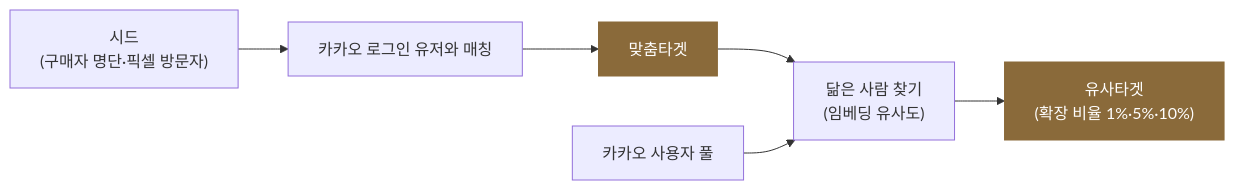
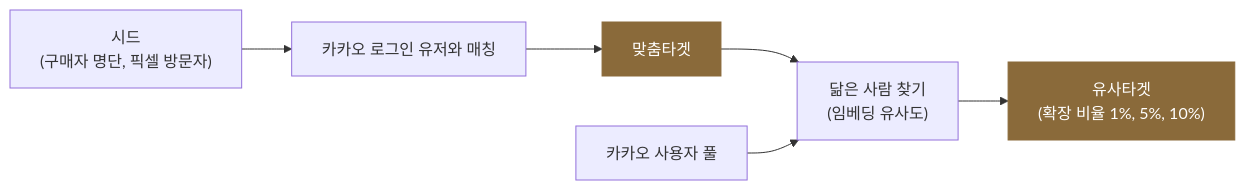
The second of 2 diagrams in posts/kakao-ads-prediction-targeting.md (chkimsu/adtech-blog), drawn with Mermaid before and after one commit. The commit also changed other lines of this file and 26 other files, not shown here.

````diff
--- a/posts/kakao-ads-prediction-targeting.md
+++ b/posts/kakao-ads-prediction-targeting.md
@@ -228,10 +228,10 @@
 ```mermaid
 graph LR
-    SEED["시드<br/>(구매자 명단·픽셀 방문자)"] --> MATCH["카카오 로그인 유저와 매칭"]
+    SEED["시드<br/>(구매자 명단, 픽셀 방문자)"] --> MATCH["카카오 로그인 유저와 매칭"]
     MATCH --> CUSTOM["맞춤타겟"]
     CUSTOM --> EXPAND["닮은 사람 찾기<br/>(임베딩 유사도)"]
     POOL["카카오 사용자 풀"] --> EXPAND
-    EXPAND --> LAL["유사타겟<br/>(확장 비율 1%·5%·10%)"]
+    EXPAND --> LAL["유사타겟<br/>(확장 비율 1%, 5%, 10%)"]
     style CUSTOM fill:#8a6a3a,stroke:#8a6a3a,color:#fff
     style LAL fill:#8a6a3a,stroke:#8a6a3a,color:#fff
 ```
````
